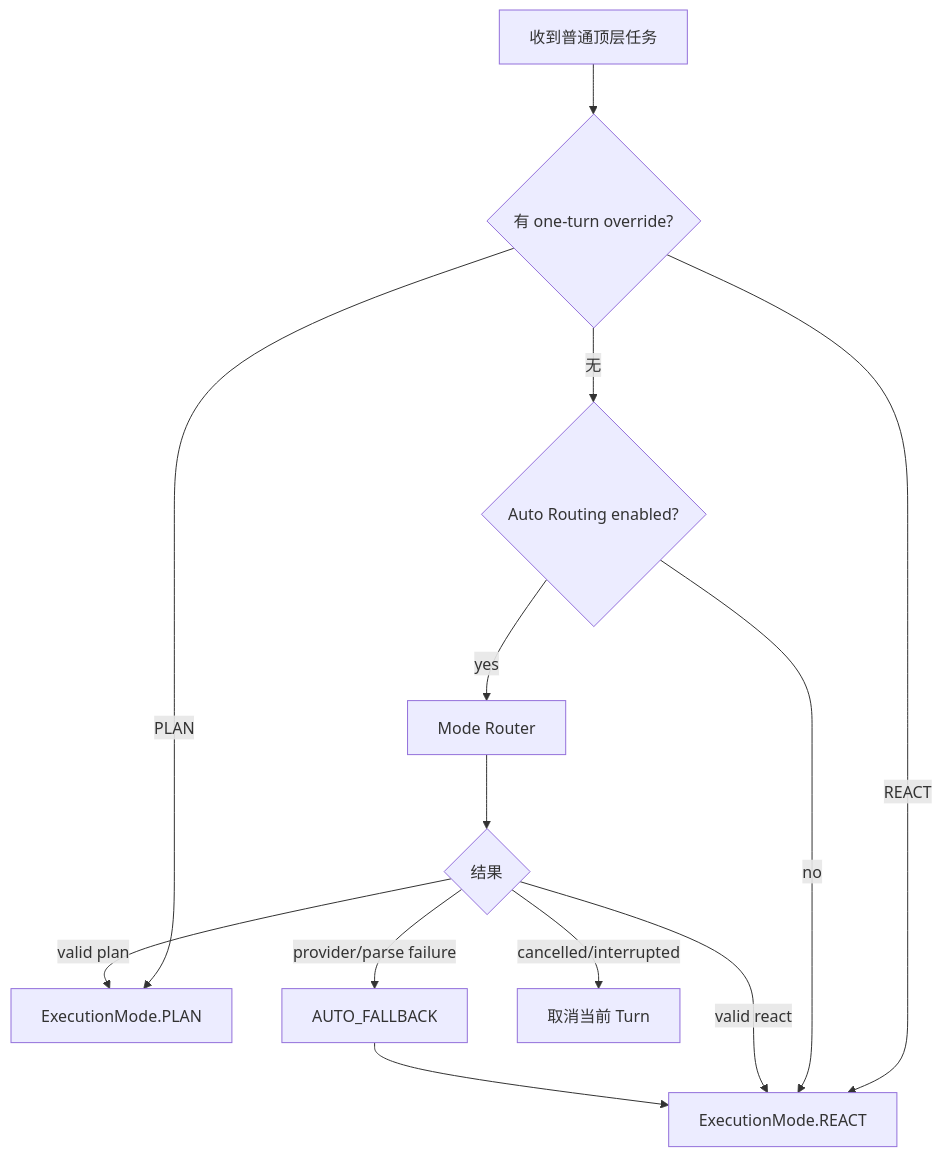
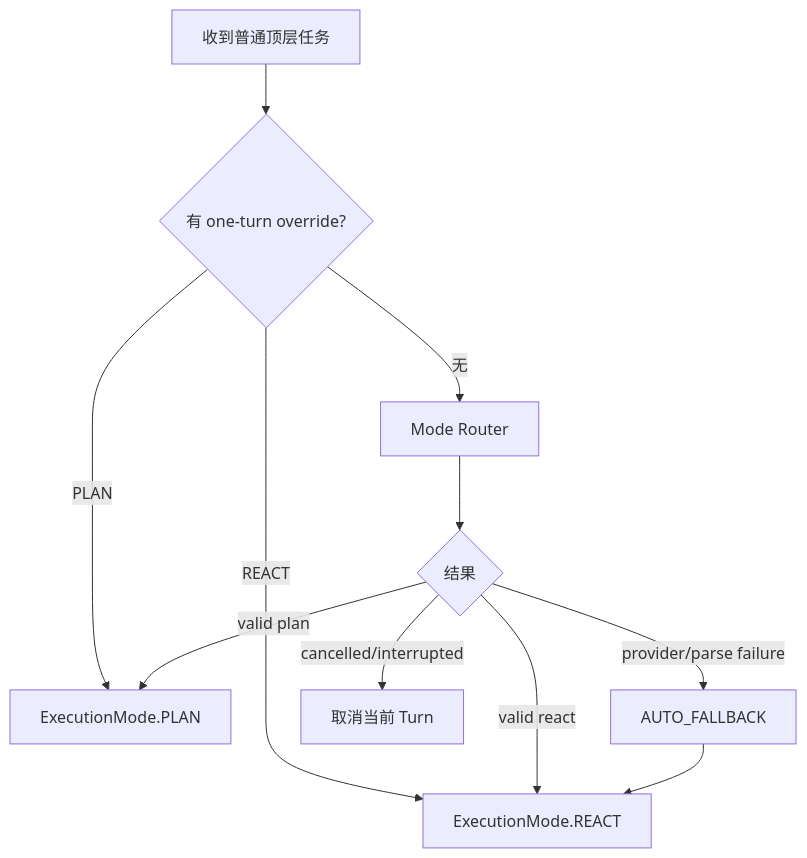
One commit to zgjdev/Code-Agent changed the third of 4 diagrams in docs/dev/15-auto-execution-mode-routing.md. Above: the diagram before and after it, drawn with Mermaid. The commit also changed other lines of this file and 23 other files, not shown here.

````diff
--- a/docs/dev/15-auto-execution-mode-routing.md
+++ b/docs/dev/15-auto-execution-mode-routing.md
@@ -410,15 +377,13 @@
 ```mermaid
 flowchart TD
     A[收到普通顶层任务] --> B{有 one-turn override?}
     B -- PLAN --> P[ExecutionMode.PLAN]
     B -- REACT --> R[ExecutionMode.REACT]
-    B -- 无 --> C{Auto Routing enabled?}
-    C -- no --> R
-    C -- yes --> D[Mode Router]
+    B -- 无 --> D[Mode Router]
     D --> E{结果}
     E -- valid plan --> P
     E -- valid react --> R
     E -- provider/parse failure --> F[AUTO_FALLBACK]
     F --> R
     E -- cancelled/interrupted --> X[取消当前 Turn]
 ```
````
